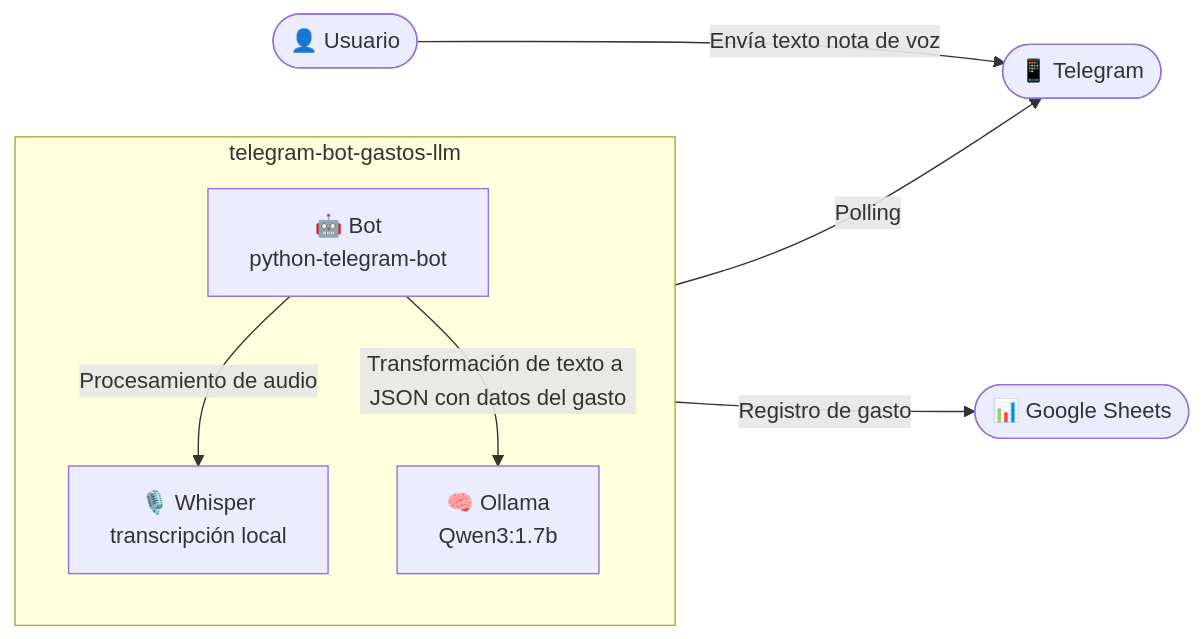
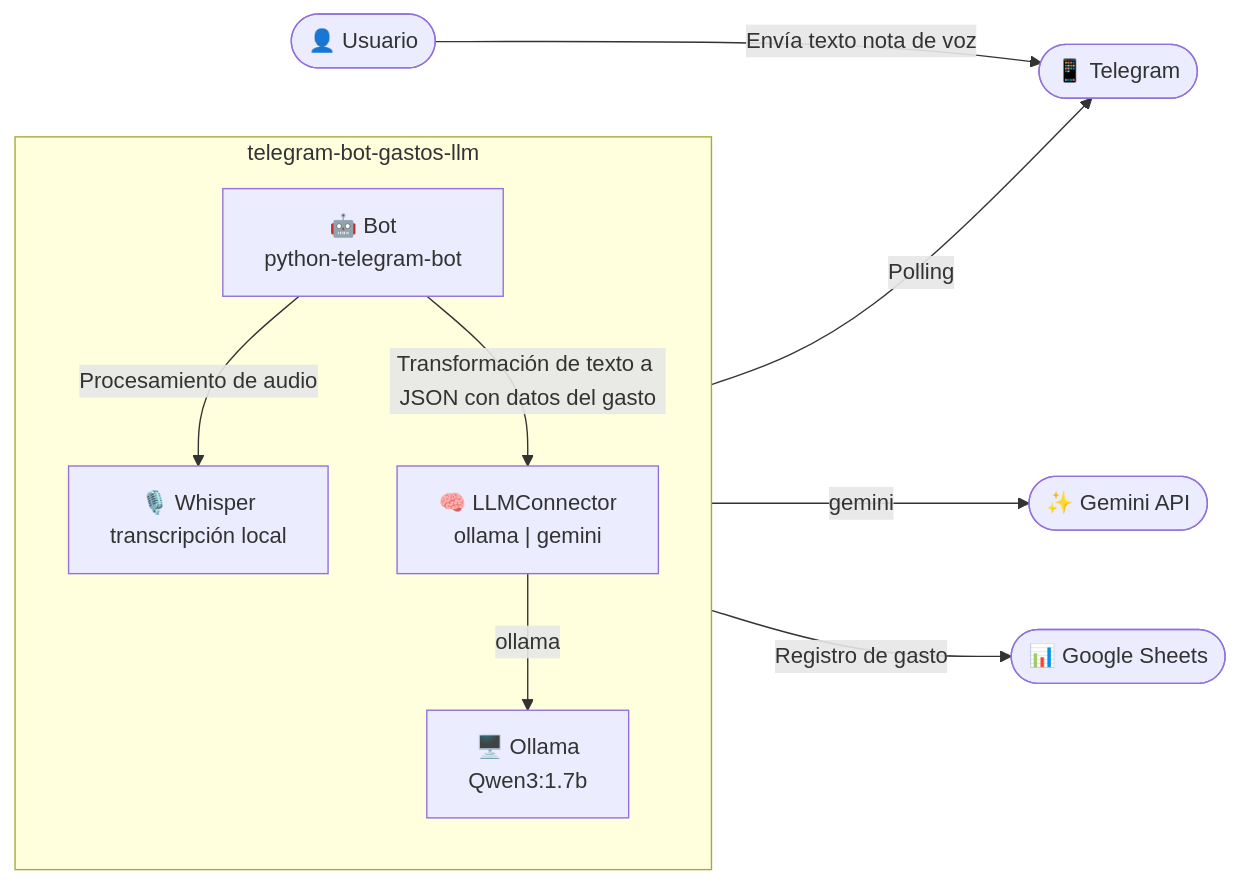
One commit to juaiglesias/telegram-bot-gastos-llm changed the first of 2 diagrams in README.md. Above: the diagram before and after it, drawn with Mermaid. The commit also changed other lines of this file, not shown here.

````diff
--- a/README.md
+++ b/README.md
@@ -73,19 +75,24 @@
 ```mermaid
 flowchart LR
     User(["👤 Usuario"])
     Telegram(["📱 Telegram"])
     Sheets(["📊 Google Sheets"])
 
+    Gemini(["✨ Gemini API"])
+
     subgraph Sistema ["telegram-bot-gastos-llm"]
         direction TB
         Bot["🤖 Bot<br/>python-telegram-bot"]
         Whisper["🎙️ Whisper<br/>transcripción local"]
-        Ollama["🧠 Ollama<br/>Qwen3:1.7b"]
+        LLM["🧠 LLMConnector<br/>ollama | gemini"]
+        OllamaLocal["🖥️ Ollama<br/>Qwen3:1.7b"]
     end
 
     User -->|"Envía texto nota de voz"| Telegram
     Bot -->|"Polling"| Telegram
     Bot -->|"Procesamiento de audio"| Whisper
-    Bot -->|"Transformación de texto a JSON con datos del gasto"| Ollama
+    Bot -->|"Transformación de texto a JSON con datos del gasto"| LLM
+    LLM -->|"ollama"| OllamaLocal
+    LLM -->|"gemini"| Gemini
     Bot -->|"Registro de gasto"| Sheets
 ```
````
